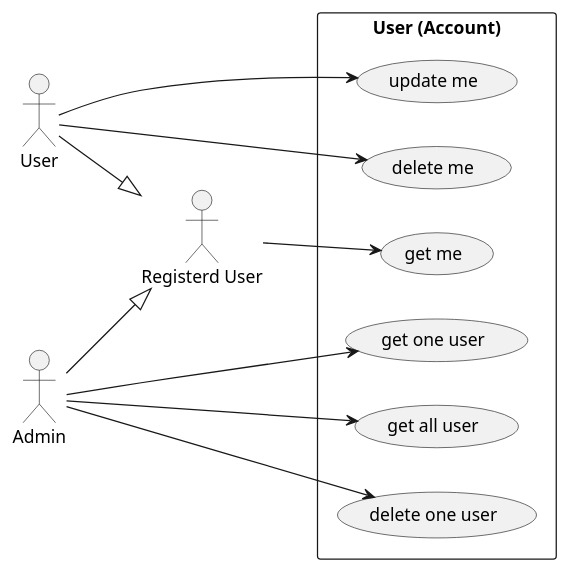
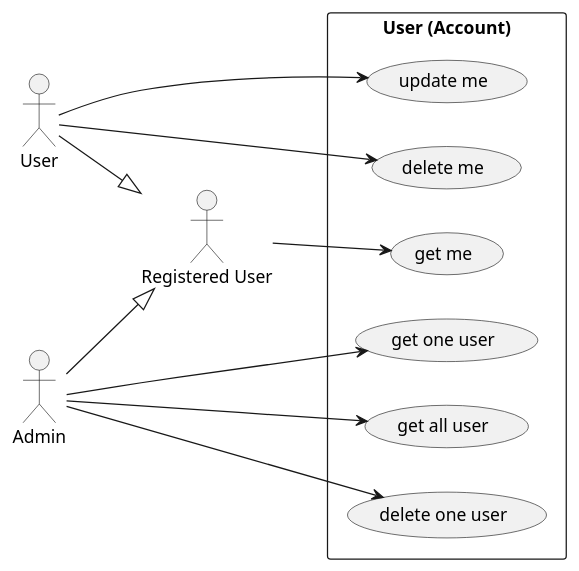
Before and after one commit to TeaChanathip/SwDev-Project: the diagram in diagrams/usecase/user/user.puml, drawn with PlantUML. The commit also changed 9 other files, not shown here.

```diff
--- a/diagrams/usecase/user/user.puml
+++ b/diagrams/usecase/user/user.puml
@@ -1,31 +1,31 @@
 @startuml user
 left to right direction
 
-actor "Registerd User"
+actor "Registered User"
 actor User
 actor Admin
 
-User --|> "Registerd User"
-Admin --|> "Registerd User"
+User --|> "Registered User"
+Admin --|> "Registered User"
 
 rectangle "User (Account)" {
     usecase "get me" as UserUC1
     usecase "update me" as UserUC2
     usecase "delete me" as UserUC3
 
     usecase "get one user" as UserUC4
     usecase "get all user" as UserUC5
     usecase "delete one user" as UserUC6
 }
 
-"Registerd User" --> UserUC1
+"Registered User" --> UserUC1
 
 User --> UserUC2
 User --> UserUC3
 
 Admin --> UserUC4
 Admin --> UserUC5
 Admin --> UserUC6
 
 
 @enduml
```
